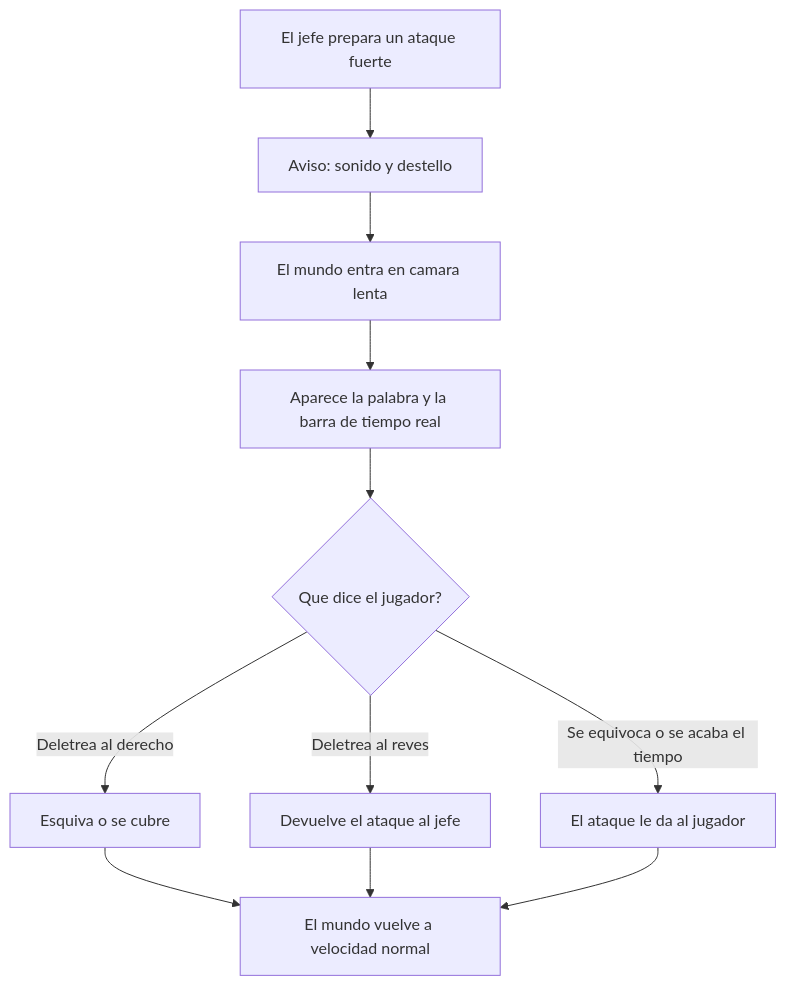
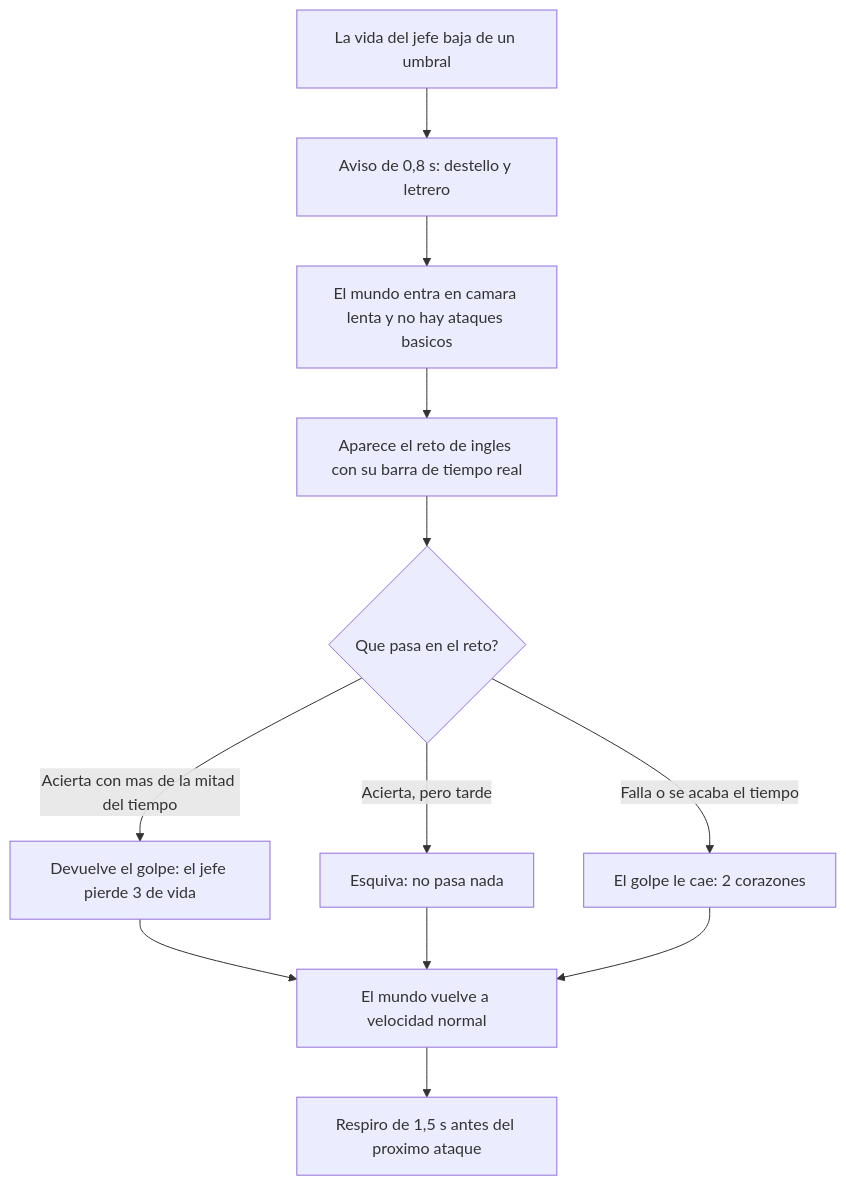
The diagram in docs/mecanicas.md (liusamfung/fuga-del-real-felipe), drawn with Mermaid before and after one commit. The commit also changed other lines of this file and 12 other files, not shown here.

First line of the commit message:
Agrega la pelea con el jefe: ataques básicos, ataque fuerte con reto de inglés y cámara lenta (paso 10)

````diff
--- a/docs/mecanicas.md
+++ b/docs/mecanicas.md
@@ -280,13 +296,14 @@
 ```mermaid
 flowchart TD
-    A[El jefe prepara un ataque fuerte] --> B[Aviso: sonido y destello]
-    B --> C[El mundo entra en camara lenta]
-    C --> D[Aparece la palabra y la barra de tiempo real]
-    D --> E{Que dice el jugador?}
-    E -->|Deletrea al derecho| F[Esquiva o se cubre]
-    E -->|Deletrea al reves| G[Devuelve el ataque al jefe]
-    E -->|Se equivoca o se acaba el tiempo| H[El ataque le da al jugador]
+    A[La vida del jefe baja de un umbral] --> B[Aviso de 0,8 s: destello y letrero]
+    B --> C[El mundo entra en camara lenta y no hay ataques basicos]
+    C --> D[Aparece el reto de ingles con su barra de tiempo real]
+    D --> E{Que pasa en el reto?}
+    E -->|Acierta con mas de la mitad del tiempo| F[Devuelve el golpe: el jefe pierde 3 de vida]
+    E -->|Acierta, pero tarde| G[Esquiva: no pasa nada]
+    E -->|Falla o se acaba el tiempo| H[El golpe le cae: 2 corazones]
     F --> I[El mundo vuelve a velocidad normal]
     G --> I
     H --> I
+    I --> J[Respiro de 1,5 s antes del proximo ataque]
 ```
````
